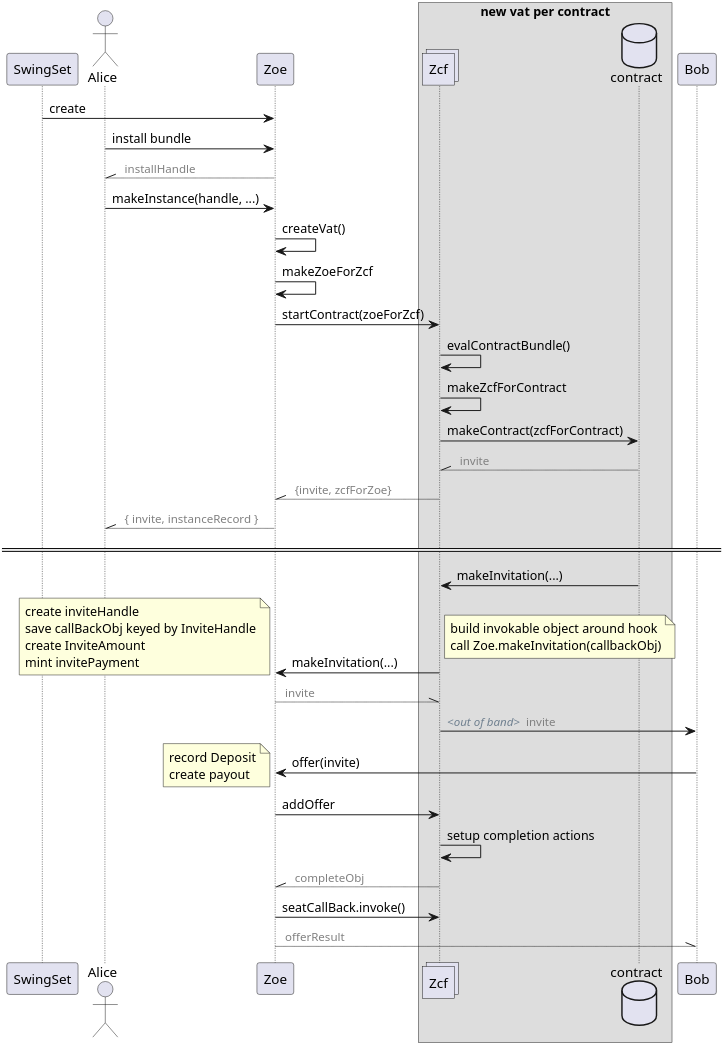
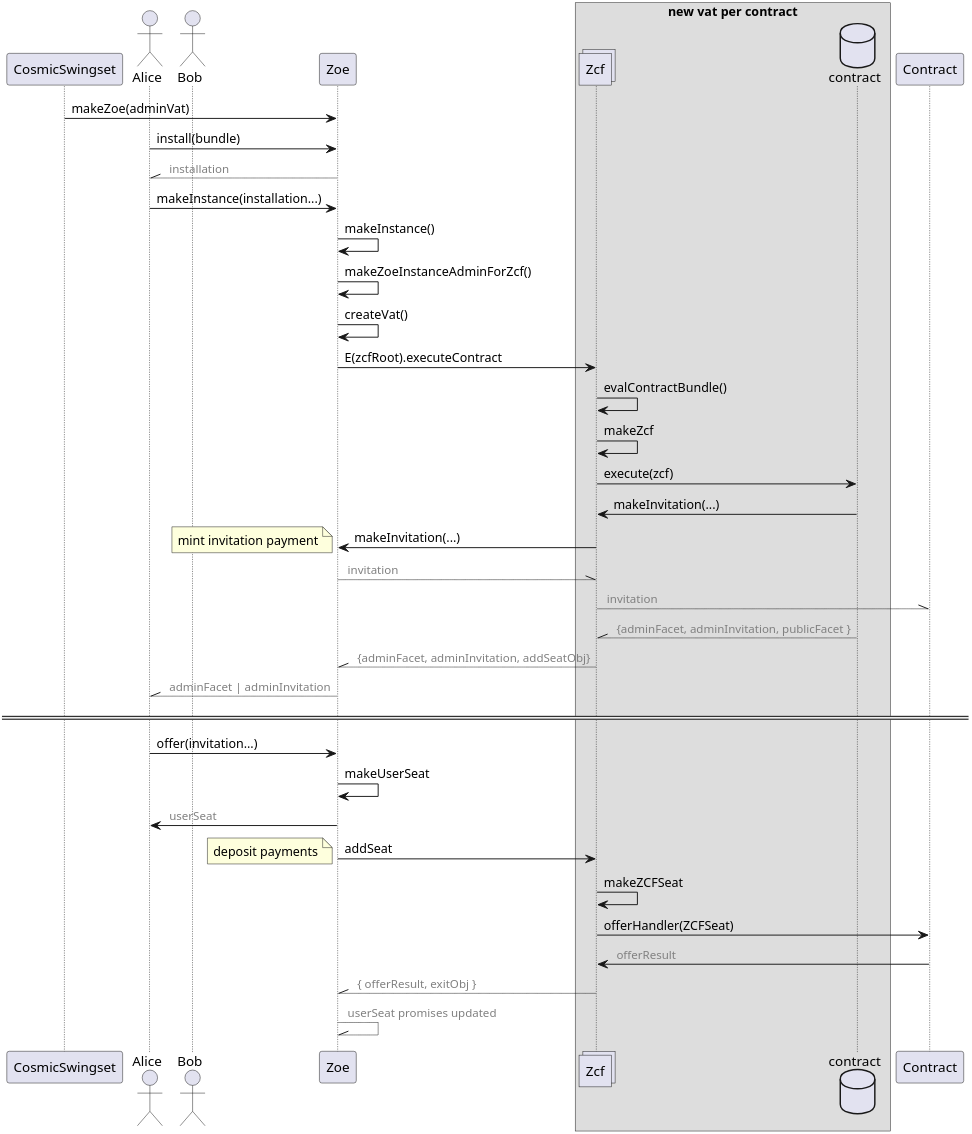
The diagram in packages/zoe/docs/zoe-zcf.puml (Agoric/agoric-sdk), drawn with PlantUML before and after one commit. The commit also changed 55 other files, not shown here.

```diff
--- a/packages/zoe/docs/zoe-zcf.puml
+++ b/packages/zoe/docs/zoe-zcf.puml
@@ -2,53 +2,51 @@
 @startuml Zoe communication with Zcf
 scale 8
 
-participant SwingSet
+participant CosmicSwingset
 actor Alice
+actor Bob
 participant Zoe
 box new vat per contract
 collections Zcf
 database contract
 end box
 
-SwingSet -> Zoe : create
-Alice -> Zoe : install bundle
-Alice //-- Zoe : <font color=gray><size:12> installHandle
-Alice -> Zoe : makeInstance(handle, ...)
+CosmicSwingset -> Zoe : makeZoe(adminVat)
+Alice -> Zoe : install(bundle)
+Alice //-- Zoe : <font color=gray><size:12> installation
+Alice -> Zoe : makeInstance(installation...)
+Zoe -> Zoe : makeInstance()
+Zoe -> Zoe : makeZoeInstanceAdminForZcf()
 Zoe -> Zoe : createVat()
-Zoe -> Zoe : makeZoeForZcf
-Zoe -> Zcf : startContract(zoeForZcf)
+Zoe -> Zcf : E(zcfRoot).executeContract
 Zcf -> Zcf : evalContractBundle()
-Zcf -> Zcf : makeZcfForContract
-Zcf -> contract : makeContract(zcfForContract)
-contract --\\ Zcf : <font color=gray><size:12> invite
-Zcf --\\ Zoe : <font color=gray><size:12> {invite, zcfForZoe}
-Alice //-- Zoe : <font color=gray><size:12> { invite, instanceRecord }
+Zcf -> Zcf : makeZcf
+Zcf -> contract : execute(zcf)
+contract -> Zcf : makeInvitation(...)
+Zcf -> Zoe : makeInvitation(...)
+note left
+mint invitation payment
+end note
+Zoe --\\ Zcf : <font color=gray><size:12> invitation
+Zcf --\\ Contract : <font color=gray><size:12> invitation
+contract --\\ Zcf : <font color=gray><size:12> {adminFacet, adminInvitation, publicFacet }
+Zcf --\\ Zoe : <font color=gray><size:12> {adminFacet, adminInvitation, addSeatObj}
+Alice //-- Zoe : <font color=gray><size:12> adminFacet | adminInvitation
 
 ====
-contract -> Zcf : makeInvitation(...)
-Zcf -> Zoe : makeInvitation(...)
-note right
-build invokable object around hook
-call Zoe.makeInvitation(callbackObj)
+
+Alice -> Zoe : offer(invitation...)
+Zoe -> Zoe : makeUserSeat
+Zoe -> Alice : <font color=gray><size:12> userSeat
+Zoe -> Zcf : addSeat
+note left
+deposit payments
 end note
-note left
-create inviteHandle
-save callBackObj keyed by InviteHandle
-create InviteAmount
-mint invitePayment
-end note
+Zcf -> Zcf : makeZCFSeat
+Zcf -> Contract : offerHandler(ZCFSeat)
+Contract -> Zcf : <font color=gray><size:12> offerResult
+Zcf --\\ Zoe : <font color=gray><size:12> { offerResult, exitObj }
 
-Zoe --\\ Zcf : <font color=gray><size:12> invite
-Zcf -> Bob :  <font color=slategray><size:12>//<out of band>// <font color=gray><size:12> invite
-Bob -> Zoe : offer(invite)
-note left
-record Deposit
-create payout
-end note
-Zoe -> Zcf : addOffer
-Zcf -> Zcf : setup completion actions
-Zcf --\\ Zoe : <font color=gray><size:12> completeObj
-Zoe -> Zcf : seatCallBack.invoke()
-Zoe --\\ Bob : <font color=gray><size:12> offerResult
+Zoe --\\ Zoe : <font color=gray><size:12> userSeat promises updated
 
 @enduml
```
